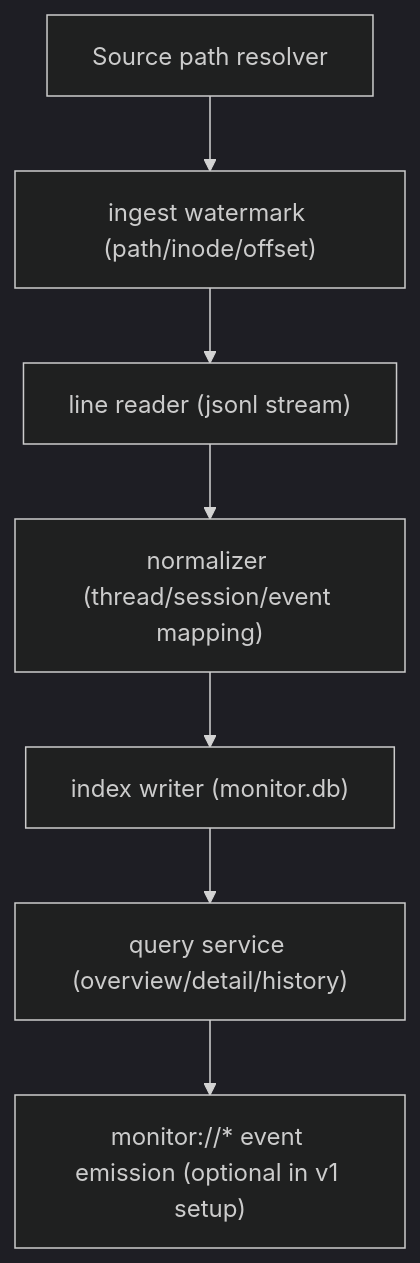
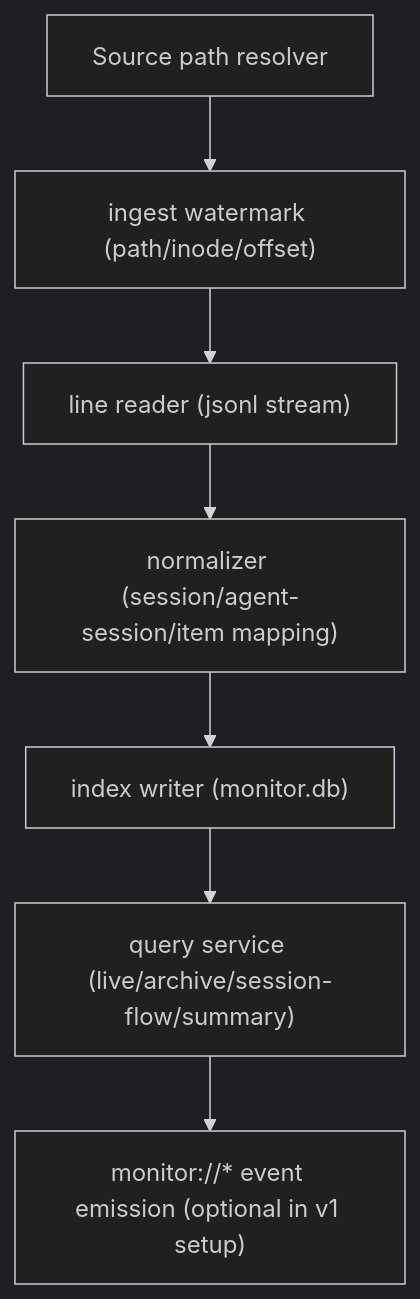
Before and after one commit to gihwan-dev/codex-multi-agents-monitor: the second of 3 diagrams in docs/architecture.md, drawn with Mermaid (dark theme). The commit also changed other lines of this file and 2 other files, not shown here.

Commit message:
docs(architecture): session naming baseline 고정

````diff
--- a/docs/architecture.md
+++ b/docs/architecture.md
@@ -17,9 +25,9 @@
 ```mermaid
 flowchart TD
     P["Source path resolver"] --> W["ingest watermark (path/inode/offset)"]
     W --> L["line reader (jsonl stream)"]
-    L --> N["normalizer (thread/session/event mapping)"]
+    L --> N["normalizer (session/agent-session/item mapping)"]
     N --> I["index writer (monitor.db)"]
-    I --> Q["query service (overview/detail/history)"]
+    I --> Q["query service (live/archive/session-flow/summary)"]
     Q --> E["monitor://* event emission (optional in v1 setup)"]
 ```
````
